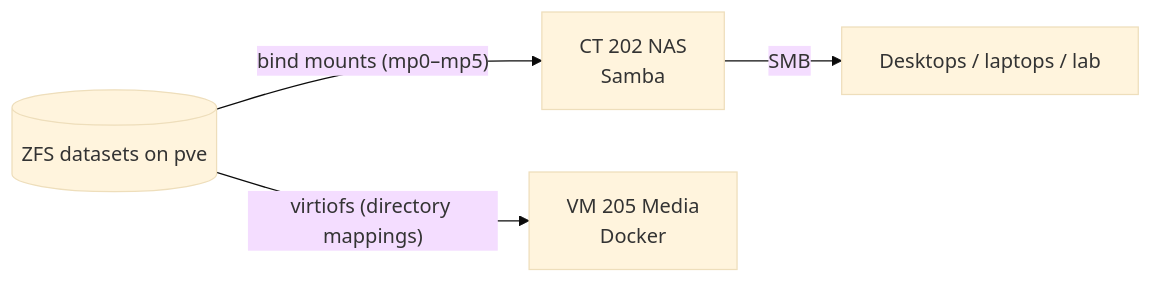
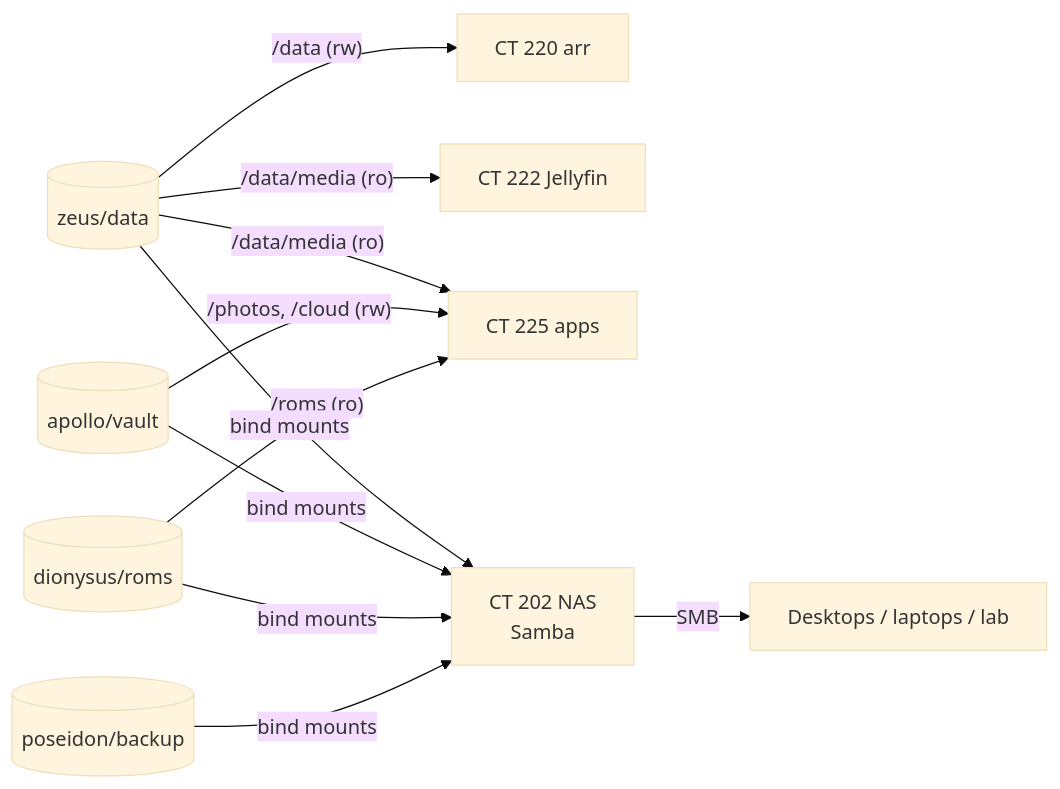
Before and after one commit to mateuspim/homelab: the diagram in storage/README.md, drawn with Mermaid (base theme). The commit also changed other lines of this file and 47 other files, not shown here.

````diff
--- a/storage/README.md
+++ b/storage/README.md
@@ -21,7 +39,10 @@
 ```mermaid
 flowchart LR
-    ZFS[(ZFS datasets on pve)]
-    ZFS -- "bind mounts (mp0–mp5)" --> NAS[CT 202 NAS<br/>Samba]
-    ZFS -- "virtiofs (directory mappings)" --> VM[VM 205 Media<br/>Docker]
+    Z[(zeus/data)] -- "/data (rw)" --> ARR[CT 220 arr]
+    Z -- "/data/media (ro)" --> JF[CT 222 Jellyfin]
+    Z -- "/data/media (ro)" --> APPS[CT 225 apps]
+    A[(apollo/vault)] -- "/photos, /cloud (rw)" --> APPS
+    D[(dionysus/roms)] -- "/roms (ro)" --> APPS
+    Z & A & D & P[(poseidon/backup)] -- bind mounts --> NAS[CT 202 NAS<br/>Samba]
     NAS -- SMB --> LAN[Desktops / laptops / lab]
 ```
````
